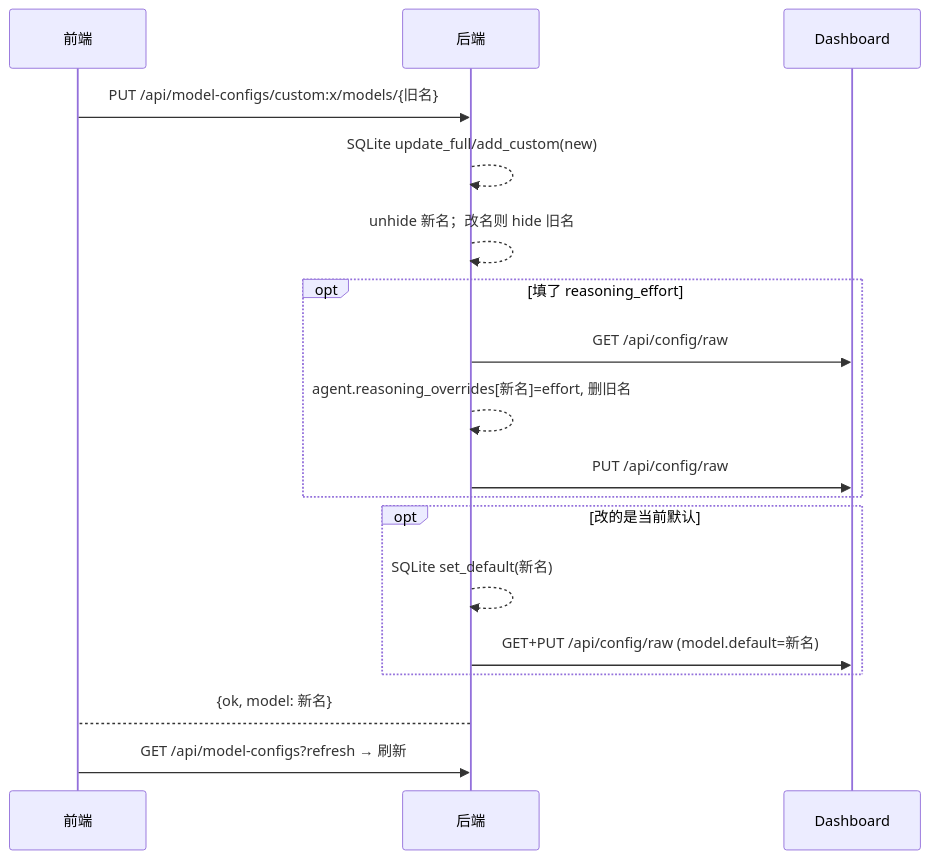
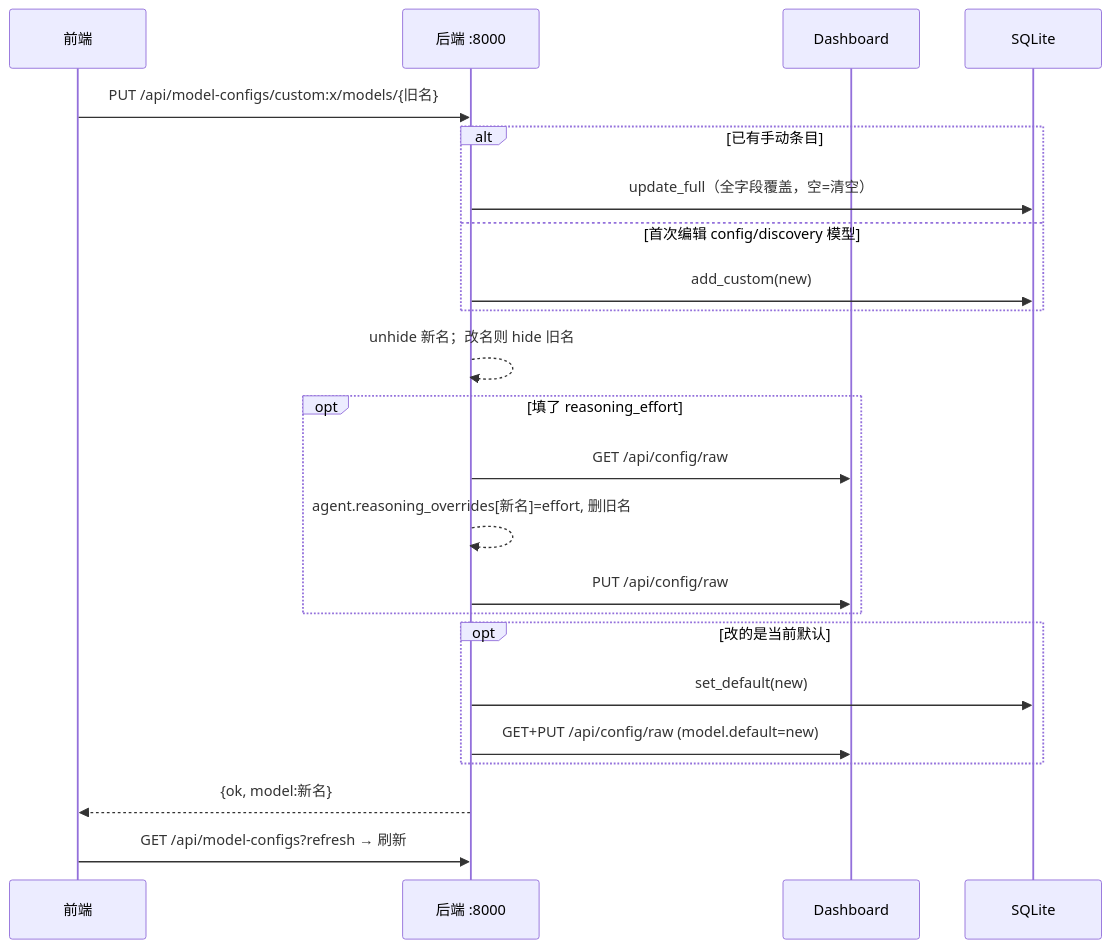
One commit to yeeqen00111/hermes-web-console changed the eighth of 11 diagrams in model-configs-flow.md. Above: the diagram before and after it, drawn with Mermaid. The commit also changed other lines of this file, not shown here.

Commit message:
docs(model-configs): add per-feature sequence diagram for all 10 features

````diff
--- a/model-configs-flow.md
+++ b/model-configs-flow.md
@@ -172,20 +257,25 @@
 ```mermaid
 sequenceDiagram
     participant U as 前端
-    participant B as 后端
+    participant B as 后端 :8000
     participant D as Dashboard
+    participant S as SQLite
     U->>B: PUT /api/model-configs/custom:x/models/{旧名}
-    B-->>B: SQLite update_full/add_custom(new)
+    alt 已有手动条目
+        B->>S: update_full（全字段覆盖，空=清空）
+    else 首次编辑 config/discovery 模型
+        B->>S: add_custom(new)
+    end
     B-->>B: unhide 新名；改名则 hide 旧名
     opt 填了 reasoning_effort
         B->>D: GET /api/config/raw
         B-->>B: agent.reasoning_overrides[新名]=effort, 删旧名
         B->>D: PUT /api/config/raw
     end
     opt 改的是当前默认
-        B-->>B: SQLite set_default(新名)
-        B->>D: GET+PUT /api/config/raw (model.default=新名)
+        B->>S: set_default(new)
+        B->>D: GET+PUT /api/config/raw (model.default=new)
     end
-    B-->U: {ok, model: 新名}
+    B-->>U: {ok, model:新名}
     U->>B: GET /api/model-configs?refresh → 刷新
 ```
````
